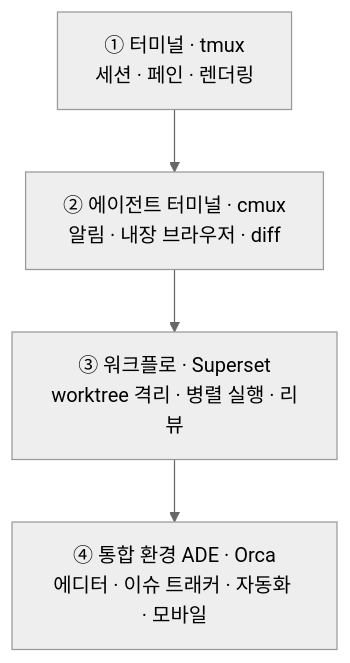
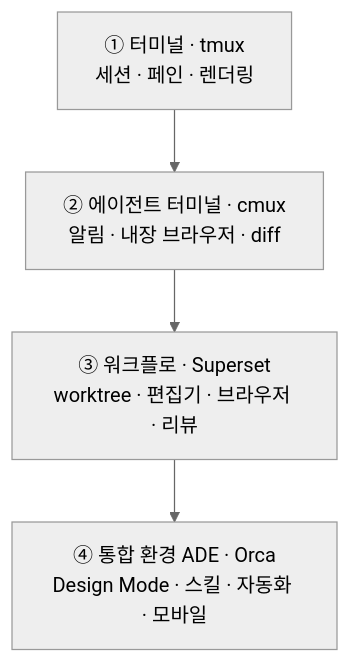
Before and after one commit to samhyun/samhyun.github.io: the diagram in src/content/blog/orca-ade-agent-orchestration.md, drawn with Mermaid (neutral theme). The commit also changed other lines of this file, not shown here.

Commit message:
docs: Orca 글 Superset 기능 보완 및 스킬 내용 추가

````diff
--- a/src/content/blog/orca-ade-agent-orchestration.md
+++ b/src/content/blog/orca-ade-agent-orchestration.md
@@ -41,8 +41,8 @@
 ```mermaid
 flowchart TB
     L1["① 터미널 · tmux<br/>세션 · 페인 · 렌더링"]
     L2["② 에이전트 터미널 · cmux<br/>알림 · 내장 브라우저 · diff"]
-    L3["③ 워크플로 · Superset<br/>worktree 격리 · 병렬 실행 · 리뷰"]
-    L4["④ 통합 환경 ADE · Orca<br/>에디터 · 이슈 트래커 · 자동화 · 모바일"]
+    L3["③ 워크플로 · Superset<br/>worktree · 편집기 · 브라우저 · 리뷰"]
+    L4["④ 통합 환경 ADE · Orca<br/>Design Mode · 스킬 · 자동화 · 모바일"]
     L1 --> L2 --> L3 --> L4
 ```
````
